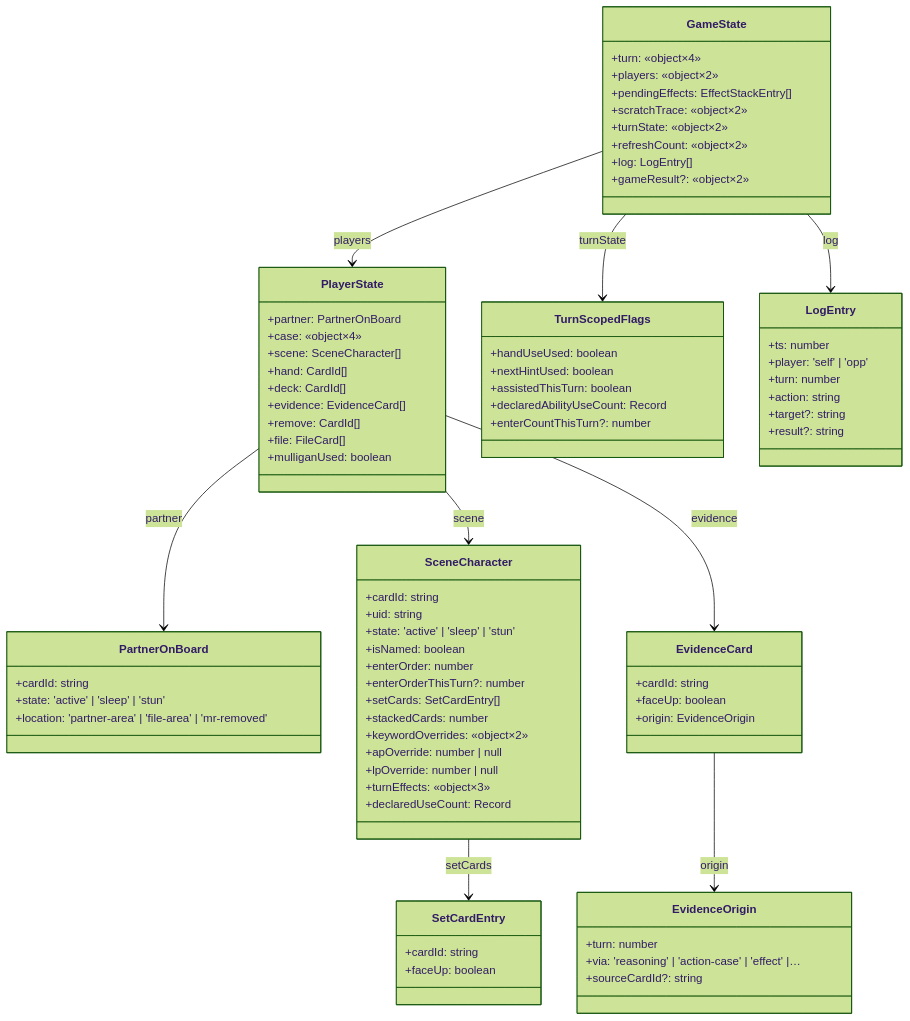
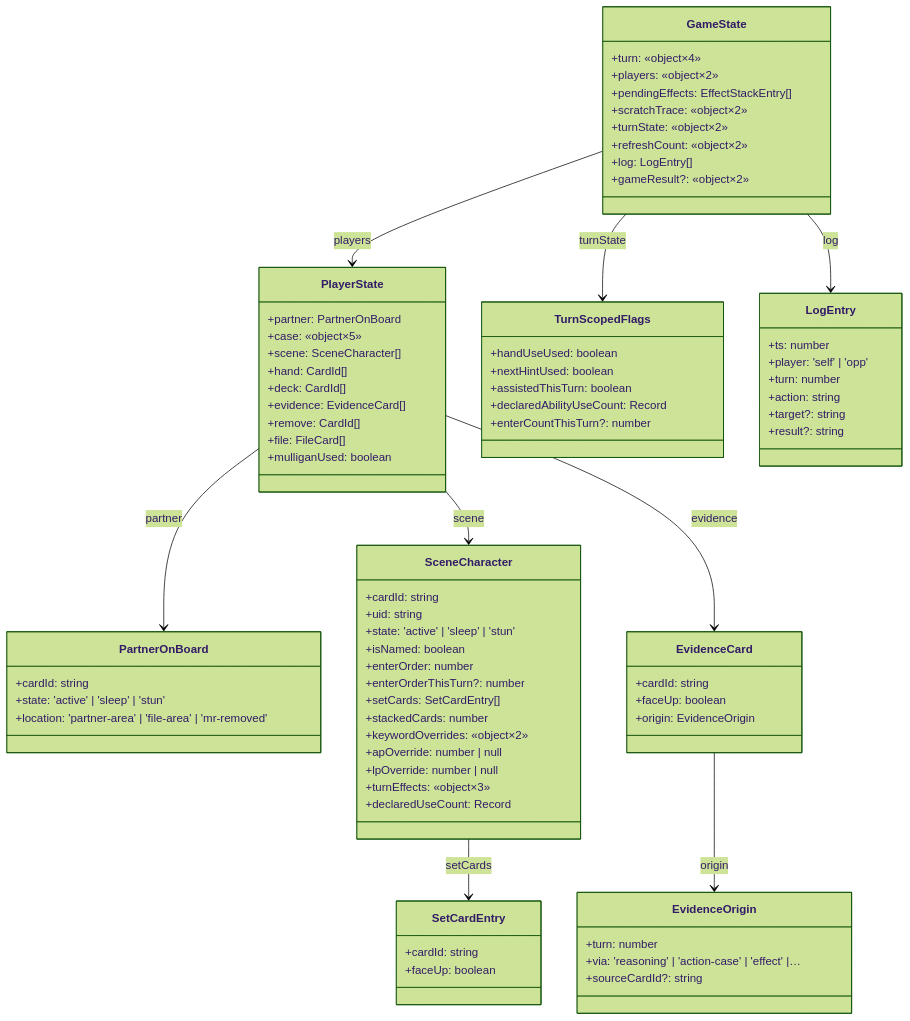
One commit to orihekat78/TCGApp changed the diagram in .claude/auto/state/game-state.md. Above: the diagram before and after it, drawn with Mermaid (forest theme). The commit also changed other lines of this file and 82 other files, not shown here.

````diff
--- a/.claude/auto/state/game-state.md
+++ b/.claude/auto/state/game-state.md
@@ -13,81 +13,81 @@
 ```mermaid
 classDiagram
   class GameState {
     +turn: «object×4»
     +players: «object×2»
     +pendingEffects: EffectStackEntry[]
     +scratchTrace: «object×2»
     +turnState: «object×2»
     +refreshCount: «object×2»
     +log: LogEntry[]
     +gameResult?: «object×2»
   }
   class PlayerState {
     +partner: PartnerOnBoard
-    +case: «object×4»
+    +case: «object×5»
     +scene: SceneCharacter[]
     +hand: CardId[]
     +deck: CardId[]
     +evidence: EvidenceCard[]
     +remove: CardId[]
     +file: FileCard[]
     +mulliganUsed: boolean
   }
   class TurnScopedFlags {
     +handUseUsed: boolean
     +nextHintUsed: boolean
     +assistedThisTurn: boolean
     +declaredAbilityUseCount: Record<string, number>
     +enterCountThisTurn?: number
   }
   class LogEntry {
     +ts: number
     +player: 'self' | 'opp'
     +turn: number
     +action: string
     +target?: string
     +result?: string
   }
   class PartnerOnBoard {
     +cardId: string
     +state: 'active' | 'sleep' | 'stun'
     +location: 'partner-area' | 'file-area' | 'mr-removed'
   }
   class SceneCharacter {
     +cardId: string
     +uid: string
     +state: 'active' | 'sleep' | 'stun'
     +isNamed: boolean
     +enterOrder: number
     +enterOrderThisTurn?: number
     +setCards: SetCardEntry[]
     +stackedCards: number
     +keywordOverrides: «object×2»
     +apOverride: number | null
     +lpOverride: number | null
     +turnEffects: «object×3»
     +declaredUseCount: Record<string, number>
   }
   class EvidenceCard {
     +cardId: string
     +faceUp: boolean
     +origin: EvidenceOrigin
   }
   class SetCardEntry {
     +cardId: string
     +faceUp: boolean
   }
   class EvidenceOrigin {
     +turn: number
     +via: 'reasoning' | 'action-case' | 'effect' |…
     +sourceCardId?: string
   }
   GameState --> PlayerState : players
   GameState --> TurnScopedFlags : turnState
   GameState --> LogEntry : log
   PlayerState --> PartnerOnBoard : partner
   PlayerState --> SceneCharacter : scene
   PlayerState --> EvidenceCard : evidence
   SceneCharacter --> SetCardEntry : setCards
   EvidenceCard --> EvidenceOrigin : origin
 ```
````
